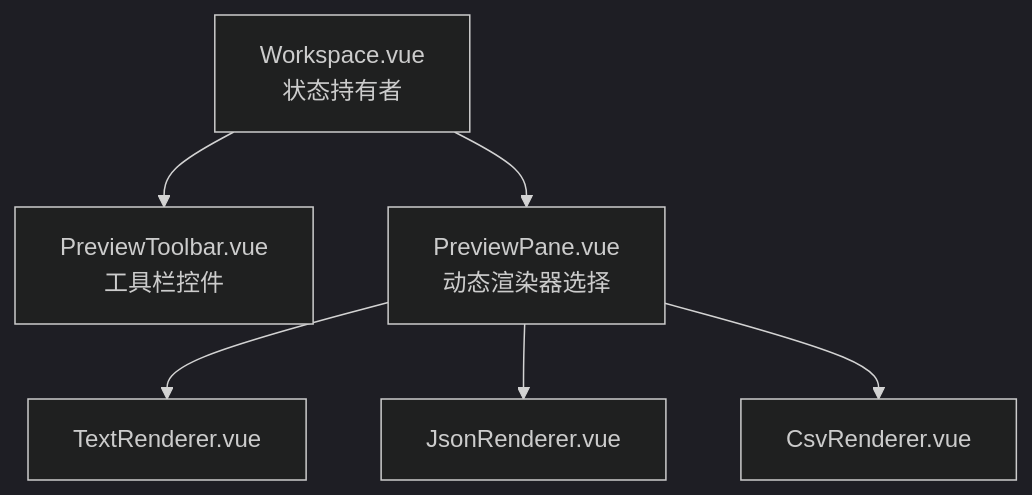
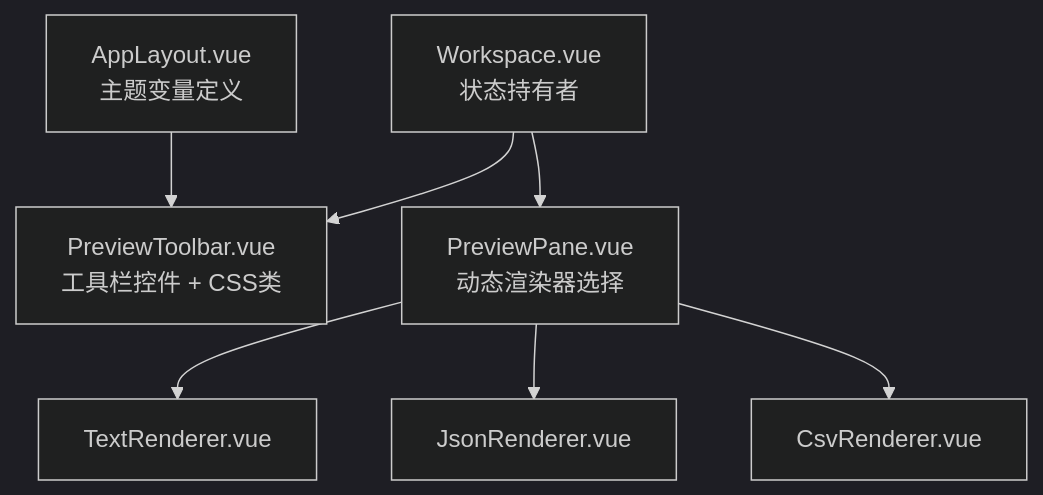
The first of 6 diagrams in .qoder/repowiki/zh/content/架构设计/组件层次结构/工作区组件/预览工具栏组件.md (taoweidong/Hello-Tauri), drawn with Mermaid (dark theme) before and after one commit. The commit also changed other lines of this file and 14 other files, not shown here.

````diff
--- a/.qoder/repowiki/zh/content/架构设计/组件层次结构/工作区组件/预览工具栏组件.md
+++ b/.qoder/repowiki/zh/content/架构设计/组件层次结构/工作区组件/预览工具栏组件.md
@@ -33,8 +42,9 @@
 ```mermaid
 graph TB
-A["Workspace.vue<br/>状态持有者"] --> B["PreviewToolbar.vue<br/>工具栏控件"]
+A["Workspace.vue<br/>状态持有者"] --> B["PreviewToolbar.vue<br/>工具栏控件 + CSS类"]
 A --> C["PreviewPane.vue<br/>动态渲染器选择"]
 C --> D["TextRenderer.vue"]
 C --> E["JsonRenderer.vue"]
 C --> F["CsvRenderer.vue"]
+G["AppLayout.vue<br/>主题变量定义"] --> B
 ```
````
